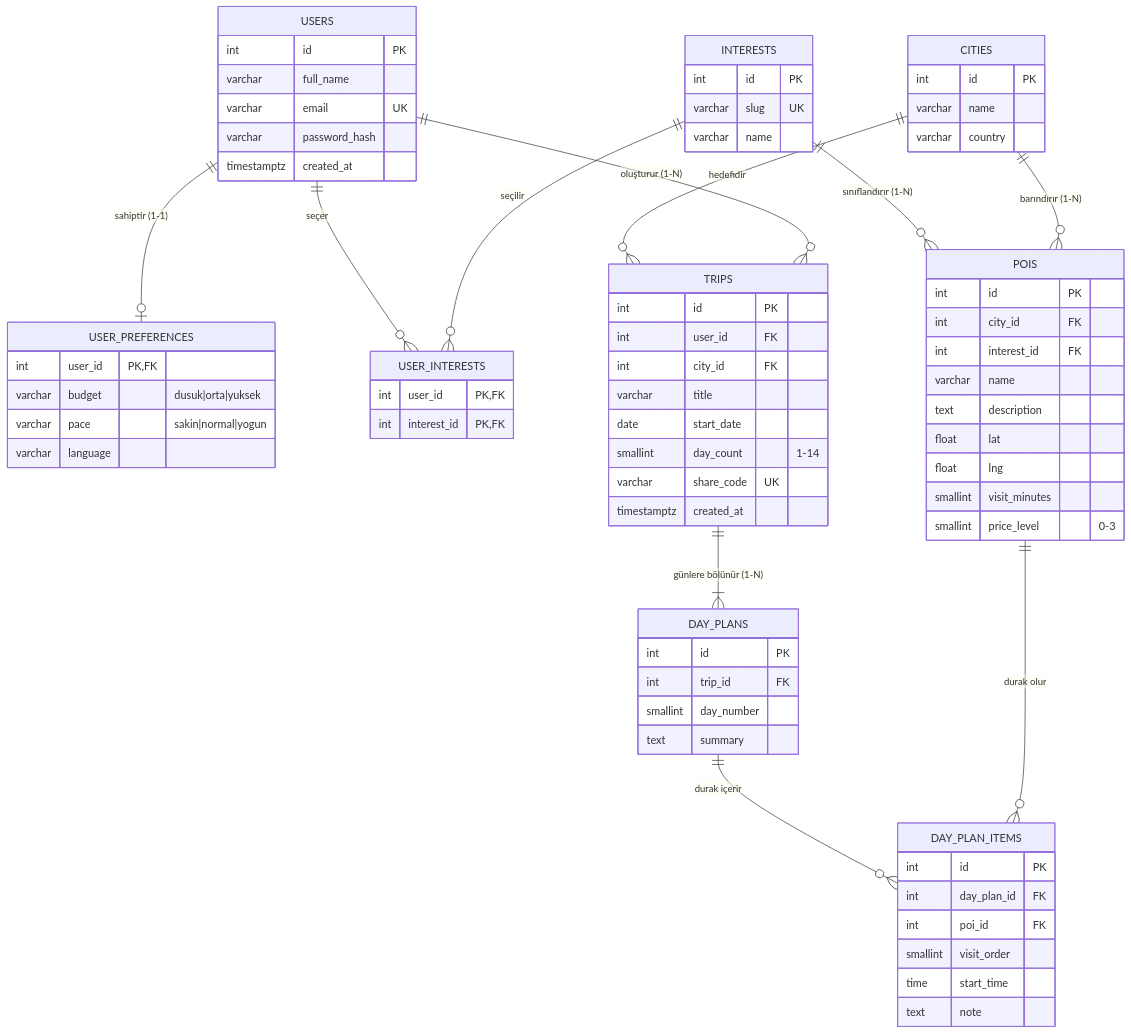
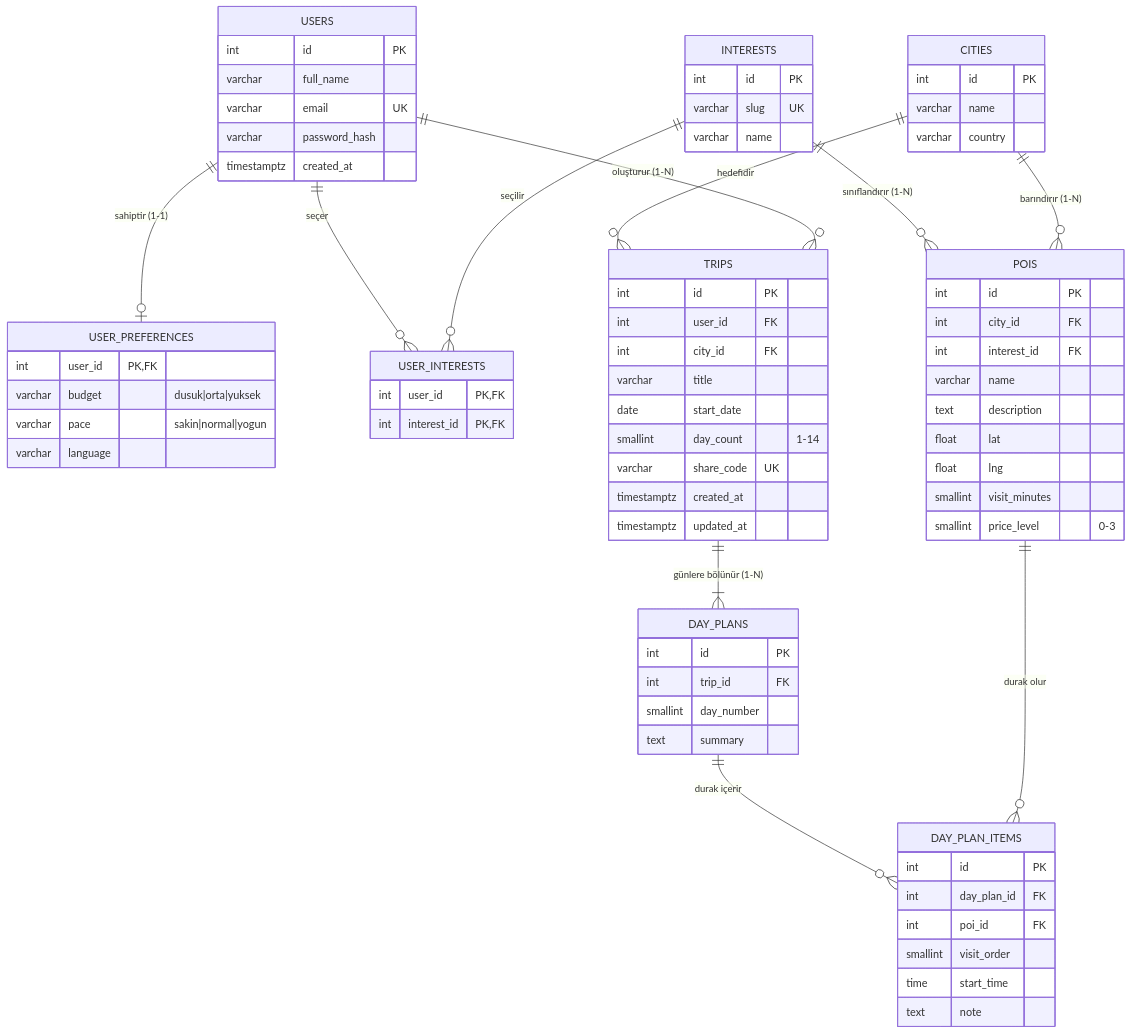
Before and after one commit to diyarkaraduman73-crypto/p45-kisisellestirilmis-gezi-planlay-c-s-: the diagram in docs/veri-modeli.md, drawn with Mermaid. The commit also changed other lines of this file and 32 other files, not shown here.

````diff
--- a/docs/veri-modeli.md
+++ b/docs/veri-modeli.md
@@ -7,76 +7,77 @@
 ```mermaid
 erDiagram
     USERS ||--o| USER_PREFERENCES : "sahiptir (1-1)"
     USERS ||--o{ USER_INTERESTS : "seçer"
     INTERESTS ||--o{ USER_INTERESTS : "seçilir"
     INTERESTS ||--o{ POIS : "sınıflandırır (1-N)"
     CITIES ||--o{ POIS : "barındırır (1-N)"
     CITIES ||--o{ TRIPS : "hedefidir"
     USERS ||--o{ TRIPS : "oluşturur (1-N)"
     TRIPS ||--|{ DAY_PLANS : "günlere bölünür (1-N)"
     DAY_PLANS ||--o{ DAY_PLAN_ITEMS : "durak içerir"
     POIS ||--o{ DAY_PLAN_ITEMS : "durak olur"
 
     USERS {
         int id PK
         varchar full_name
         varchar email UK
         varchar password_hash
         timestamptz created_at
     }
     USER_PREFERENCES {
         int user_id PK,FK
         varchar budget "dusuk|orta|yuksek"
         varchar pace "sakin|normal|yogun"
         varchar language
     }
     INTERESTS {
         int id PK
         varchar slug UK
         varchar name
     }
     USER_INTERESTS {
         int user_id PK,FK
         int interest_id PK,FK
     }
     CITIES {
         int id PK
         varchar name
         varchar country
     }
     POIS {
         int id PK
         int city_id FK
         int interest_id FK
         varchar name
         text description
         float lat
         float lng
         smallint visit_minutes
         smallint price_level "0-3"
     }
     TRIPS {
         int id PK
         int user_id FK
         int city_id FK
         varchar title
         date start_date
         smallint day_count "1-14"
         varchar share_code UK
         timestamptz created_at
+        timestamptz updated_at
     }
     DAY_PLANS {
         int id PK
         int trip_id FK
         smallint day_number
         text summary
     }
     DAY_PLAN_ITEMS {
         int id PK
         int day_plan_id FK
         int poi_id FK
         smallint visit_order
         time start_time
         text note
     }
 ```
````
